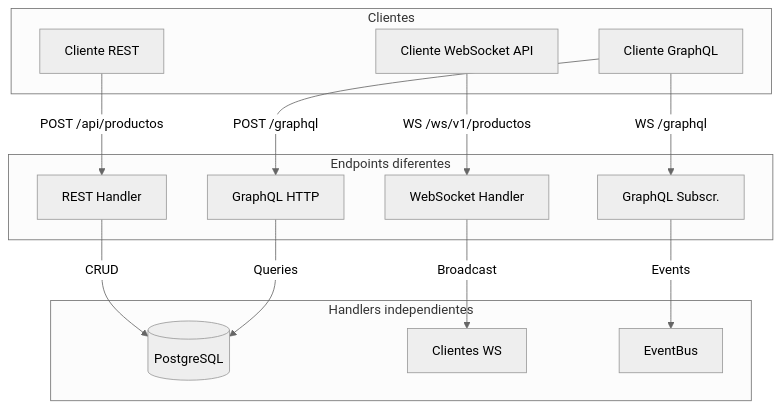
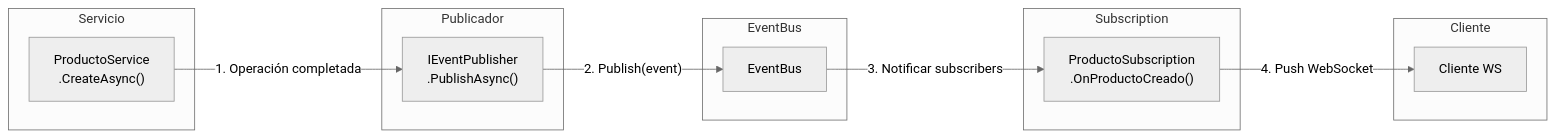
Before and after one commit to joseluisgs/TiendaDawApi-NetCore: the fourth of 7 diagrams in doc/20-graphql.md, drawn with Mermaid (neutral theme). The commit also changed other lines of this file and 15 other files, not shown here.

First line of the commit message:
feat: añadir GraphQL subscriptions para productos con eventos en tiempo real

````diff
--- a/doc/20-graphql.md
+++ b/doc/20-graphql.md
@@ -944,22 +925,27 @@
 ```mermaid
-flowchart TD
-    subgraph "Clientes"
-        A["Cliente REST"]
-        B["Cliente WebSocket API"]
-        C["Cliente GraphQL"]
+flowchart LR
+    subgraph "Servicio"
+        S["ProductoService\n.CreateAsync()"]
     end
     
-    subgraph "Endpoints diferentes"
-        A -->|"POST /api/productos"| R[REST Handler]
-        B -->|"WS /ws/v1/productos"| W[WebSocket Handler]
-        C -->|"POST /graphql"| G[GraphQL HTTP]
-        C -->|"WS /graphql"| S[GraphQL Subscr.]
+    subgraph "Publicador"
+        P["IEventPublisher\n.PublishAsync()"]
     end
     
-    subgraph "Handlers independientes"
-        R -->|"CRUD"| DB[(PostgreSQL)]
-        W -->|"Broadcast"| Wclients["Clientes WS"]
-        G -->|"Queries"| DB
-        S -->|"Events"| E[EventBus]
+    subgraph "EventBus"
+        E["EventBus"]
     end
+    
+    subgraph "Subscription"
+        Sub["ProductoSubscription\n.OnProductoCreado()"]
+    end
+    
+    subgraph "Cliente"
+        C["Cliente WS"]
+    end
+    
+    S -->|"1. Operación completada"| P
+    P -->|"2. Publish(event)"| E
+    E -->|"3. Notificar subscribers"| Sub
+    Sub -->|"4. Push WebSocket"| C
 ```
````
